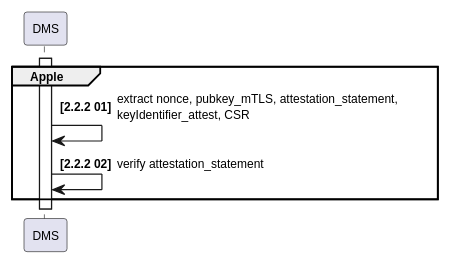
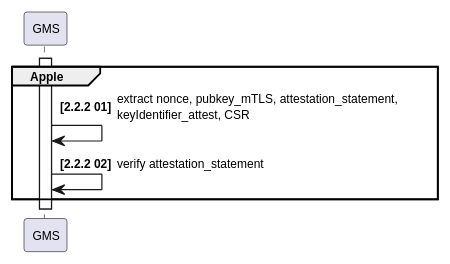
One commit to gematik/poc-dsr-documentation changed the fourth of 4 diagrams in content/en/docs/rfcs/dsr-rfc-01/_index.md. Above: the diagram before and after it, drawn with PlantUML. The commit also changed other lines of this file and 15 other files, not shown here.

Commit message:
resolved GMS - DMS ambiguity

````diff
--- a/content/en/docs/rfcs/dsr-rfc-01/_index.md
+++ b/content/en/docs/rfcs/dsr-rfc-01/_index.md
@@ -114,17 +114,17 @@
 ```plantuml
 @startuml
 autonumber "<b>['2.2.2' 00]"
 skinparam defaultFontSize 10
 skinparam DefaultMonospacedFontName Courier
 skinparam lengthAdjust none
 
-activate DMS
+activate GMS
 
 
 group Apple
-DMS -> DMS: extract nonce, pubkey_mTLS, attestation_statement,\nkeyIdentifier_attest, CSR
-DMS -> DMS: verify attestation_statement
+GMS -> GMS: extract nonce, pubkey_mTLS, attestation_statement,\nkeyIdentifier_attest, CSR
+GMS -> GMS: verify attestation_statement
 end
 
 @enduml
 ```
````
